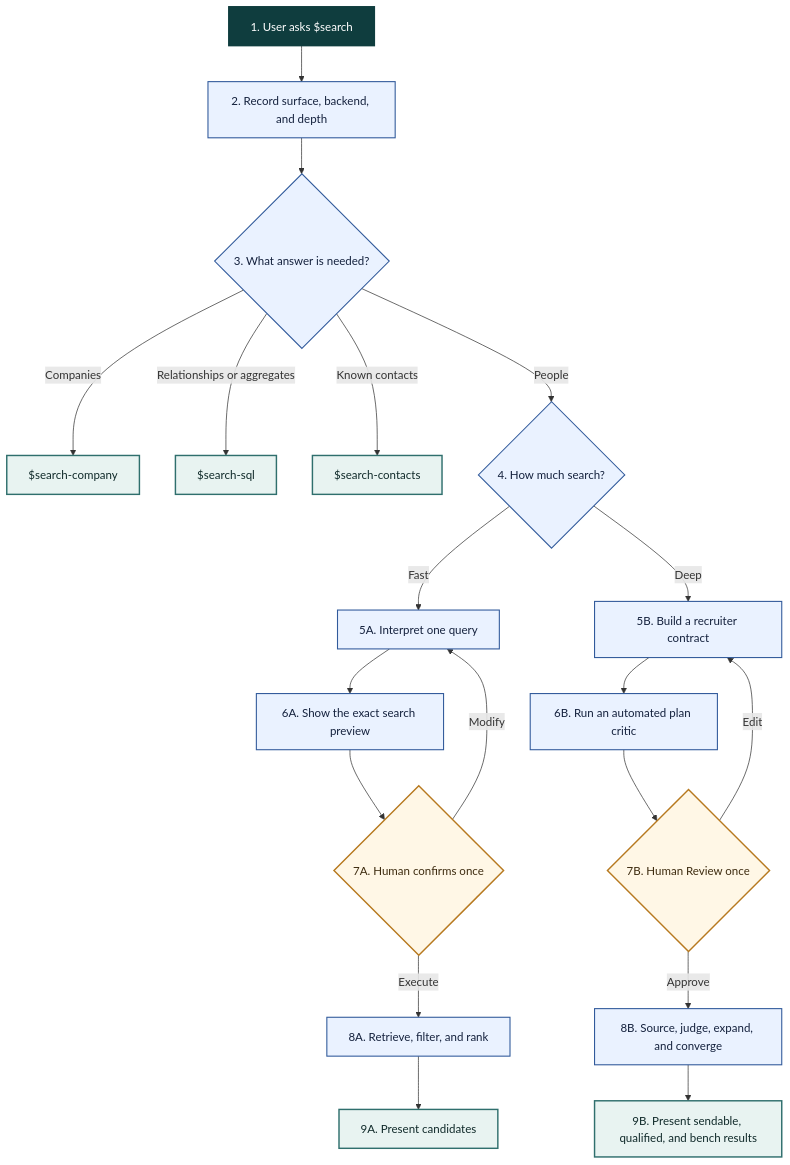
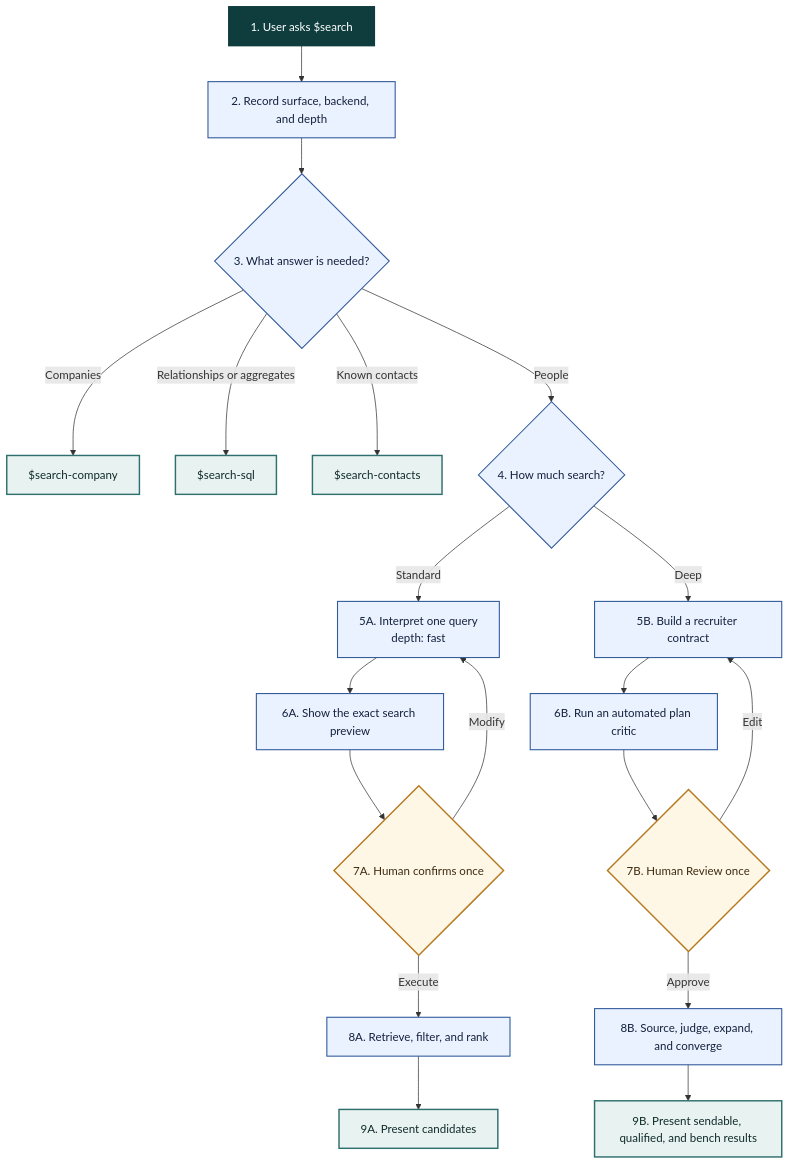
One commit to powerset-co/powerpacks changed the first of 3 diagrams in packs/search/docs/search-architecture.md. Above: the diagram before and after it, drawn with Mermaid. The commit also changed other lines of this file and 57 other files, not shown here.

````diff
--- a/packs/search/docs/search-architecture.md
+++ b/packs/search/docs/search-architecture.md
@@ -34,33 +36,33 @@
 ```mermaid
 flowchart TD
     ASK[1. User asks $search] --> DECIDE[2. Record surface, backend, and depth]
     DECIDE --> SURFACE{3. What answer is needed?}
 
     SURFACE -->|Companies| COMPANY[$search-company]
     SURFACE -->|Relationships or aggregates| SQL[$search-sql]
     SURFACE -->|Known contacts| CONTACTS[$search-contacts]
     SURFACE -->|People| DEPTH{4. How much search?}
 
-    DEPTH -->|Fast| INTERPRET[5A. Interpret one query]
+    DEPTH -->|Standard| INTERPRET[5A. Interpret one query<br/>depth: fast]
     INTERPRET --> PREVIEW[6A. Show the exact search preview]
     PREVIEW --> FASTREVIEW{7A. Human confirms once}
     FASTREVIEW -->|Modify| INTERPRET
     FASTREVIEW -->|Execute| FASTRUN[8A. Retrieve, filter, and rank]
     FASTRUN --> FASTRESULT[9A. Present candidates]
 
     DEPTH -->|Deep| PLAN[5B. Build a recruiter contract]
     PLAN --> CRITIC[6B. Run an automated plan critic]
     CRITIC --> DEEPREVIEW{7B. Human Review once}
     DEEPREVIEW -->|Edit| PLAN
     DEEPREVIEW -->|Approve| DEEPRUN[8B. Source, judge, expand, and converge]
     DEEPRUN --> DEEPRESULT[9B. Present sendable, qualified, and bench results]
 
     classDef start fill:#0f3d3e,color:#ffffff,stroke:#0f3d3e,stroke-width:2px;
     classDef decision fill:#eaf2ff,color:#14213d,stroke:#315a9b,stroke-width:1.5px;
     classDef review fill:#fff7e6,color:#3d2b0f,stroke:#b7791f,stroke-width:2px;
     classDef result fill:#e8f3f1,color:#102a2a,stroke:#2f6f6d,stroke-width:2px;
     class ASK start;
     class DECIDE,SURFACE,DEPTH,INTERPRET,PREVIEW,FASTRUN,PLAN,CRITIC,DEEPRUN decision;
     class FASTREVIEW,DEEPREVIEW review;
     class COMPANY,SQL,CONTACTS,FASTRESULT,DEEPRESULT result;
 ```
````
